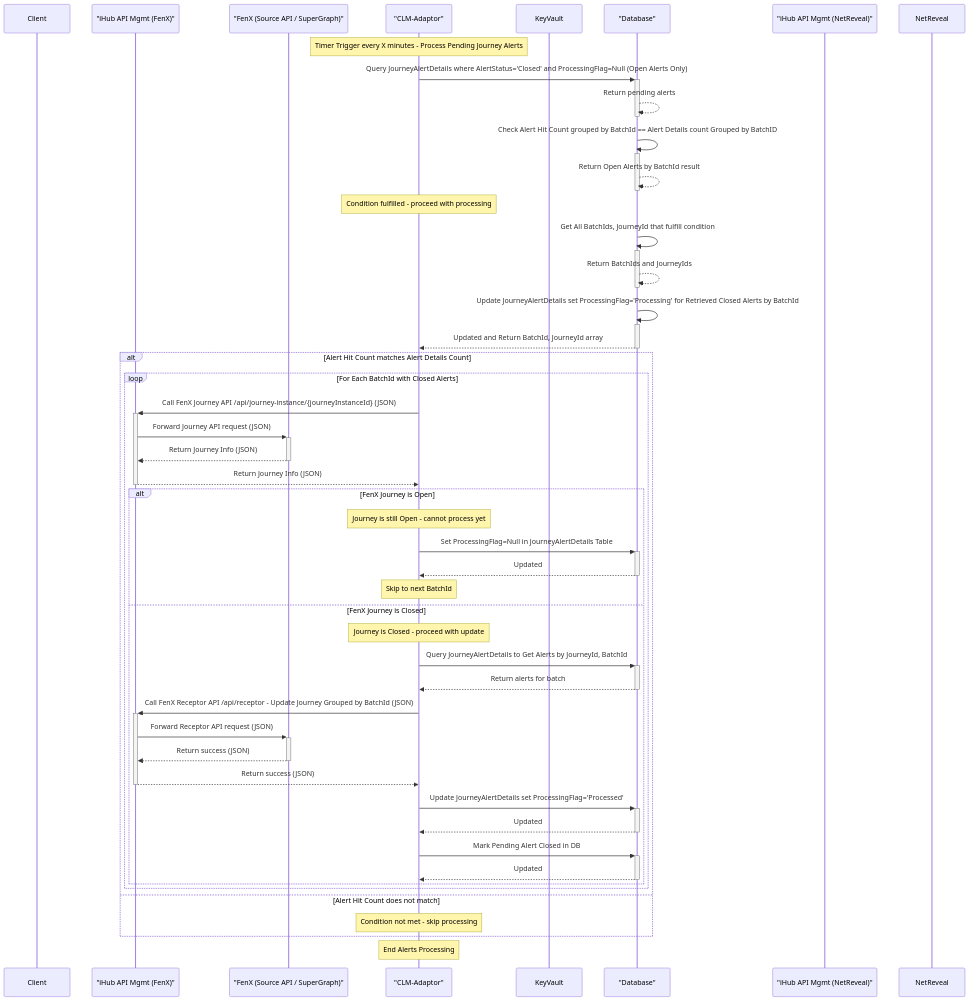
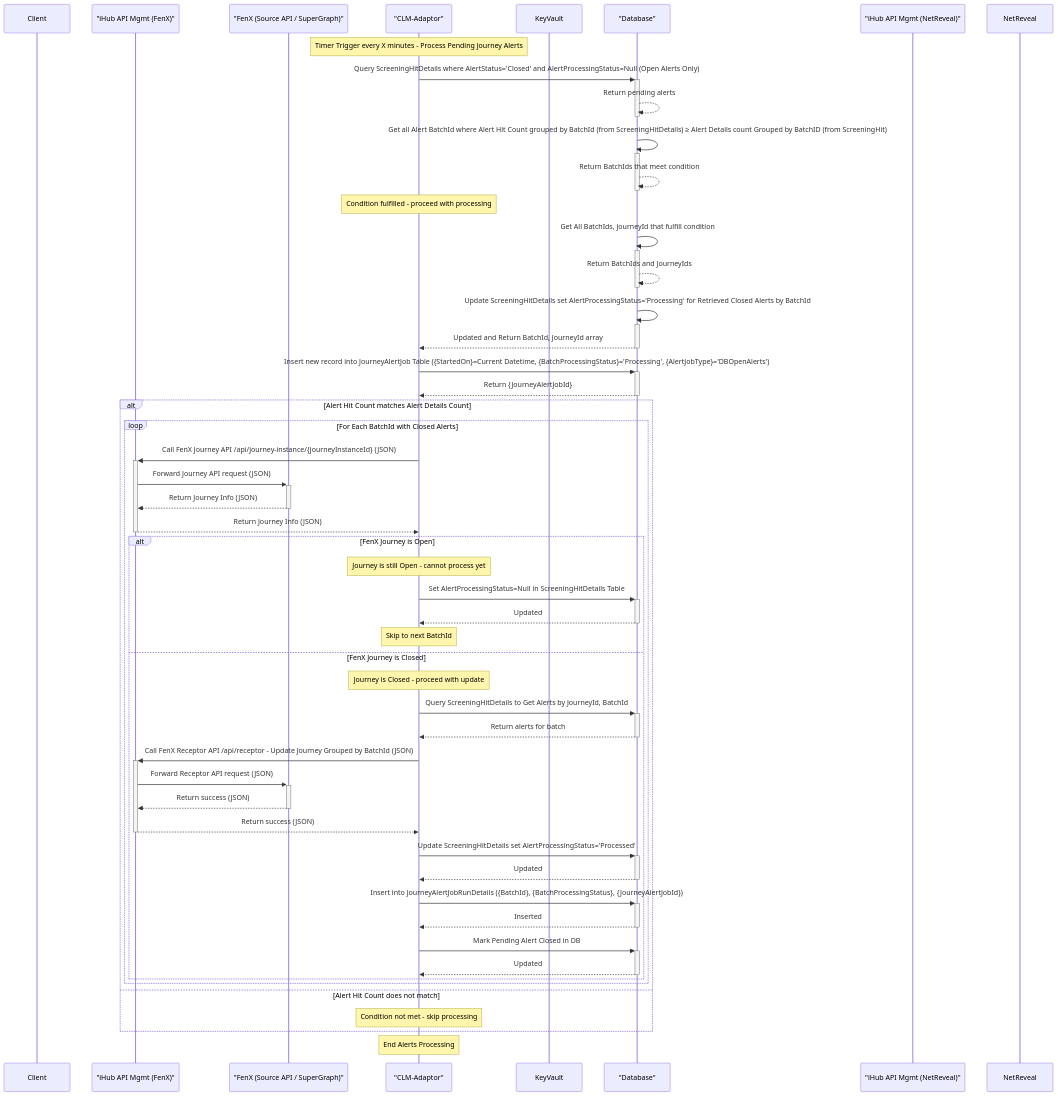
One commit to jojokoshy/Architecture_Diagrams_Python_AI changed the diagram in Arch_Diagrams/v2/AlertFlow2-sequence.mmd. Above: the diagram before and after it, drawn with Mermaid. The commit also changed 6 other files, not shown here.

Commit message:
Update flow diagrams and ERD: replace images and enhance sequence and flow diagrams with new job record insertion and updated variable names for clarity

```diff
--- a/Arch_Diagrams/v2/AlertFlow2-sequence.mmd
+++ b/Arch_Diagrams/v2/AlertFlow2-sequence.mmd
@@ -1,85 +1,94 @@
 %%{init: {"theme":"default","themeVariables": {"fontSize":"12"}}}%%
 sequenceDiagram
   %% Participants left-to-right for readability
   participant Client
   participant iHubIn as "iHub API Mgmt (FenX)"
   participant FenX as "FenX (Source API / SuperGraph)"
   participant CLMAdaptor as "CLM-Adaptor"
   participant KeyVault
   participant DB as "Database"
   participant iHubOut as "iHub API Mgmt (NetReveal)"
   participant NetReveal
 
   %% Timer Trigger
   Note over CLMAdaptor: Timer Trigger every X minutes - Process Pending Journey Alerts
   
   %% Query pending alerts
-  CLMAdaptor->>+DB: Query JourneyAlertDetails where AlertStatus='Closed' and ProcessingFlag=Null (Open Alerts Only)
+  CLMAdaptor->>+DB: Query ScreeningHitDetails where AlertStatus='Closed' and AlertProcessingStatus=Null (Open Alerts Only)
   DB-->>-DB: Return pending alerts
   
   %% Check alert counts by BatchId
-  DB->>+DB: Check Alert Hit Count grouped by BatchId == Alert Details count Grouped by BatchID
-  DB-->>-DB: Return Open Alerts by BatchId result
+  DB->>+DB: Get all Alert BatchId where Alert Hit Count grouped by BatchId (from ScreeningHitDetails) ≥ Alert Details count Grouped by BatchID (from ScreeningHit)
+  DB-->>-DB: Return BatchIds that meet condition
   Note over CLMAdaptor: Condition fulfilled - proceed with processing
     
     %% Get BatchIds and JourneyIds
     DB->>+DB: Get All BatchIds, JourneyId that fulfill condition
     DB-->>-DB: Return BatchIds and JourneyIds
-    DB->>+DB: Update JourneyAlertDetails set ProcessingFlag='Processing' for Retrieved Closed Alerts by BatchId
+    
+    DB->>+DB: Update ScreeningHitDetails set AlertProcessingStatus='Processing' for Retrieved Closed Alerts by BatchId
     DB-->>-CLMAdaptor: Updated and Return BatchId, JourneyId array
+    
+    %% Insert into JourneyAlertJob
+    CLMAdaptor->>+DB: Insert new record into JourneyAlertJob Table ({StartedOn}=Current Datetime, {BatchProcessingStatus}='Processing', {AlertJobType}='DBOpenAlerts')
+    DB-->>-CLMAdaptor: Return {JourneyAlertJobId}
   %% Decision: Alert check condition
   alt Alert Hit Count matches Alert Details Count
     
     
     %% Update processing flags
 
     
     %% Loop through alerts grouped by BatchId
     loop For Each BatchId with Closed Alerts
       
       %% Query FenX for Journey Info
       CLMAdaptor->>+iHubIn: Call FenX Journey API /api/journey-instance/{journeyInstanceId} (JSON)
       iHubIn->>+FenX: Forward Journey API request (JSON)
       FenX-->>-iHubIn: Return Journey Info (JSON)
       iHubIn-->>-CLMAdaptor: Return Journey Info (JSON)
       
       %% Decision: FenX Journey Open?
       alt FenX Journey is Open
         Note over CLMAdaptor: Journey is still Open - cannot process yet
         
         %% Reset processing flag for retry
-        CLMAdaptor->>+DB: Set ProcessingFlag=Null in JourneyAlertDetails Table
+        CLMAdaptor->>+DB: Set AlertProcessingStatus=Null in ScreeningHitDetails Table
         DB-->>-CLMAdaptor: Updated
         
         Note over CLMAdaptor: Skip to next BatchId
         
       else FenX Journey is Closed
         Note over CLMAdaptor: Journey is Closed - proceed with update
         
         %% Get alerts by JourneyId and BatchId
-        CLMAdaptor->>+DB: Query JourneyAlertDetails to Get Alerts by JourneyId, BatchId
+        CLMAdaptor->>+DB: Query ScreeningHitDetails to Get Alerts by JourneyId, BatchId
         DB-->>-CLMAdaptor: Return alerts for batch
         
         %% Update Journey via Receptor API
         CLMAdaptor->>+iHubIn: Call FenX Receptor API /api/receptor - Update Journey Grouped by BatchId (JSON)
         iHubIn->>+FenX: Forward Receptor API request (JSON)
         FenX-->>-iHubIn: Return success (JSON)
         iHubIn-->>-CLMAdaptor: Return success (JSON)
         
         %% Update processing flag
-        CLMAdaptor->>+DB: Update JourneyAlertDetails set ProcessingFlag='Processed'
+        CLMAdaptor->>+DB: Update ScreeningHitDetails set AlertProcessingStatus='Processed'
         DB-->>-CLMAdaptor: Updated
+        
+        %% Insert into JourneyAlertJobRunDetails
+        CLMAdaptor->>+DB: Insert into JourneyAlertJobRunDetails ({BatchId}, {BatchProcessingStatus}, {JourneyAlertJobId})
+        DB-->>-CLMAdaptor: Inserted
         
         %% Mark pending alert closed
         CLMAdaptor->>+DB: Mark Pending Alert Closed in DB
         DB-->>-CLMAdaptor: Updated
         
       end
       
     end
     
   else Alert Hit Count does not match
     Note over CLMAdaptor: Condition not met - skip processing
   end
   
   Note over CLMAdaptor: End Alerts Processing
```
